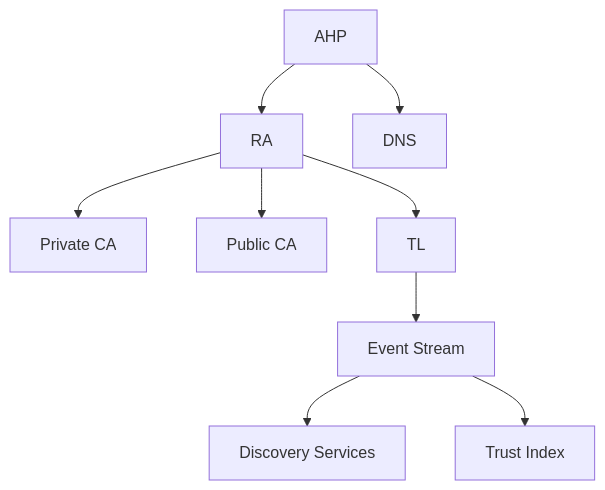
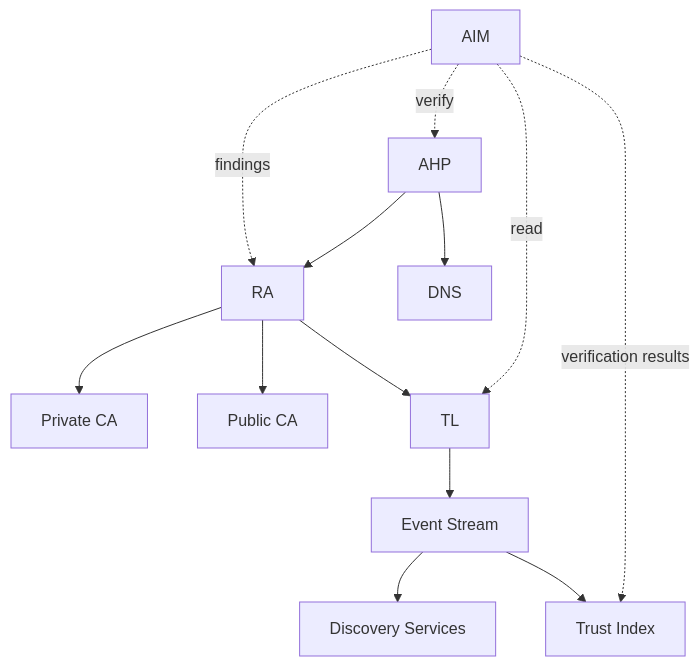
One commit to agentnameservice/ans-registry changed the first of 5 diagrams in DESIGN.md. Above: the diagram before and after it, drawn with Mermaid. The commit also changed other lines of this file and 1 other file, not shown here.

````diff
--- a/DESIGN.md
+++ b/DESIGN.md
@@ -185,11 +196,15 @@
 ```mermaid
 graph TD
     AHP["AHP"] --> RA["RA"]
     AHP --> DNS["DNS"]
     RA --> PriCA["Private CA"]
     RA --> PubCA["Public CA"]
     RA --> TL["TL"]
     TL --> ES["Event Stream"]
     ES --> Disc["Discovery Services"]
     ES --> TI["Trust Index"]
+    AIM["AIM"] -.->|"findings"| RA
+    AIM -.->|"verify"| AHP
+    AIM -.->|"read"| TL
+    AIM -.->|"verification results"| TI
 ```
````
